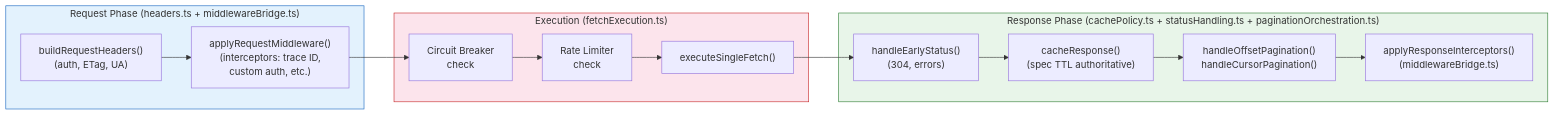
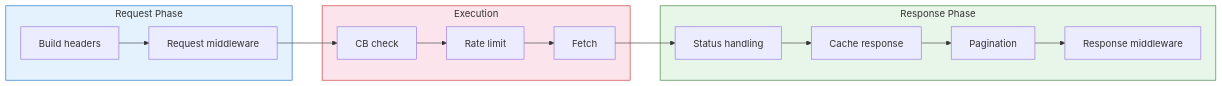
Before and after one commit to lgriffin/ESI.ts: diagram 12 of 18 in guides/ARCHITECTURE.md, drawn with Mermaid. The commit also changed other lines of this file, not shown here.

First line of the commit message:
docs: fix sequence diagram rendering and enrich architecture prose

````diff
--- a/guides/ARCHITECTURE.md
+++ b/guides/ARCHITECTURE.md
@@ -712,28 +664,28 @@
 ```mermaid
-graph LR
-    subgraph Request["Request Phase (headers.ts + middlewareBridge.ts)"]
-        R1["buildRequestHeaders()<br/>(auth, ETag, UA)"]
-        R2["applyRequestMiddleware()<br/>(interceptors: trace ID,<br/>custom auth, etc.)"]
+flowchart LR
+    subgraph Request ["Request Phase"]
+        R1["Build headers"]
+        R2["Request middleware"]
     end
 
-    subgraph Execution["Execution (fetchExecution.ts)"]
-        CB["Circuit Breaker<br/>check"]
-        RL["Rate Limiter<br/>check"]
-        Fetch["executeSingleFetch()"]
+    subgraph Execution ["Execution"]
+        CB["CB check"]
+        RL["Rate limit"]
+        Fetch["Fetch"]
     end
 
-    subgraph Response["Response Phase (cachePolicy.ts + statusHandling.ts + paginationOrchestration.ts)"]
-        Status["handleEarlyStatus()<br/>(304, errors)"]
-        CacheResp["cacheResponse()<br/>(spec TTL authoritative)"]
-        Paginate["handleOffsetPagination()<br/>handleCursorPagination()"]
-        Intercept["applyResponseInterceptors()<br/>(middlewareBridge.ts)"]
+    subgraph Response ["Response Phase"]
+        Status["Status handling"]
+        Cache["Cache response"]
+        Page["Pagination"]
+        Intercept["Response middleware"]
     end
 
     R1 --> R2
     R2 --> CB --> RL --> Fetch
-    Fetch --> Status --> CacheResp --> Paginate --> Intercept
+    Fetch --> Status --> Cache --> Page --> Intercept
 
     style Request fill:#e3f2fd,stroke:#1565c0
     style Execution fill:#fce4ec,stroke:#c62828
     style Response fill:#e8f5e9,stroke:#2e7d32
 ```
````
